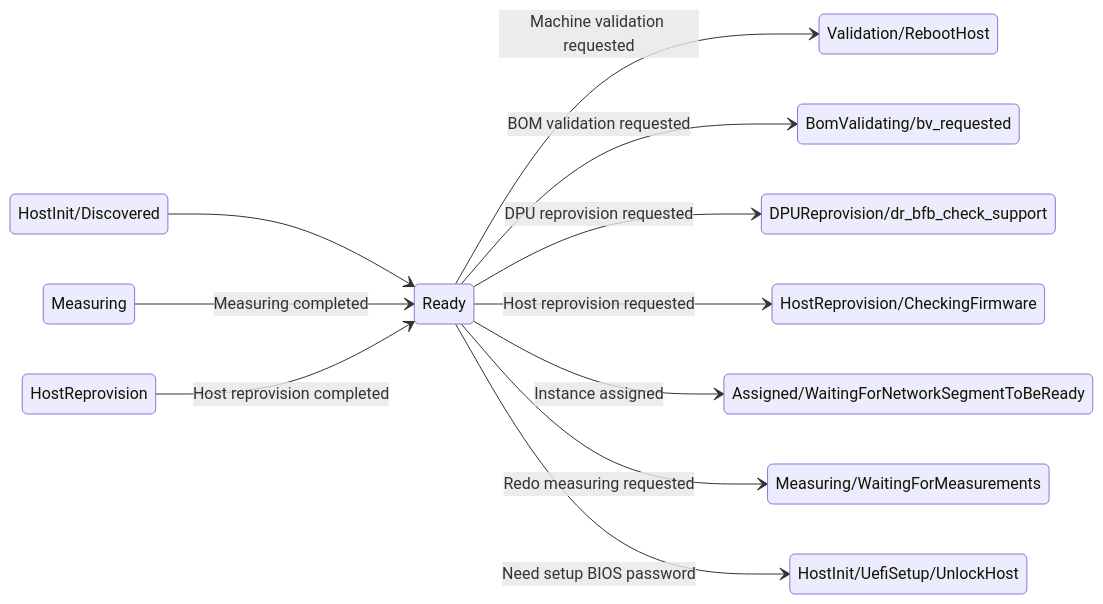
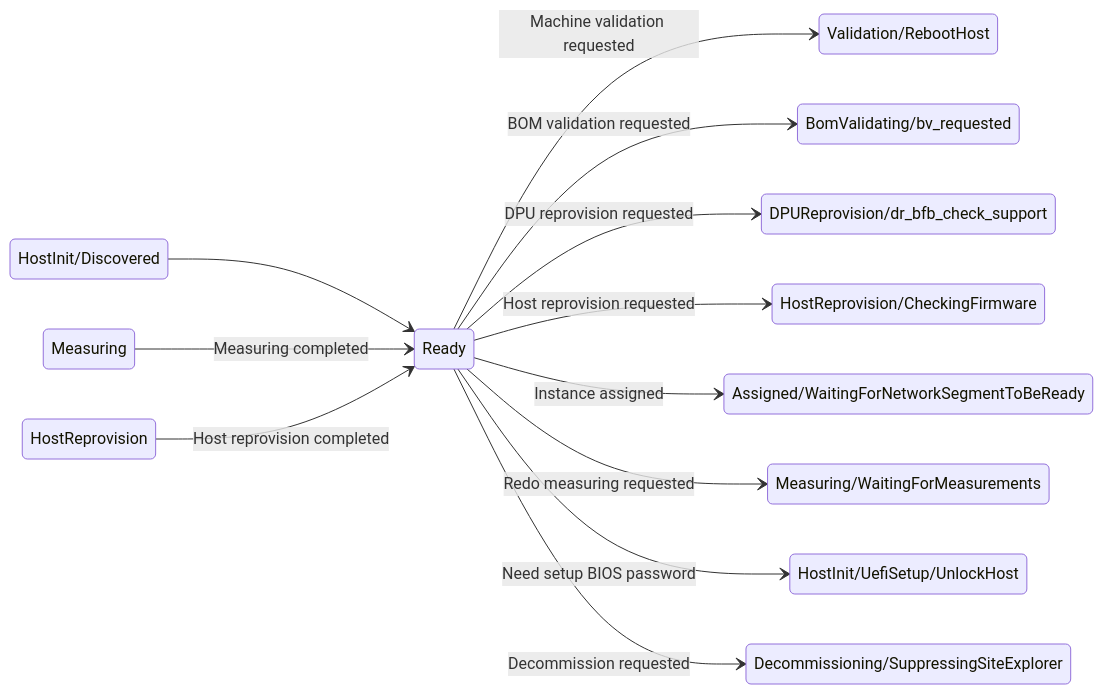
Before and after one commit to NVIDIA/bare-metal-manager-core: the seventh of 14 diagrams in docs/architecture/state_machines/managedhost.md, drawn with Mermaid. The commit also changed other lines of this file and 11 other files, not shown here.

````diff
--- a/docs/architecture/state_machines/managedhost.md
+++ b/docs/architecture/state_machines/managedhost.md
@@ -403,28 +408,30 @@
 ```mermaid
 stateDiagram-v2
     direction LR
 
     state Measuring
     state HostReprovision
     state "HostInit/Discovered" as HostInit_HI_Discovered
     state Ready
     state "Validation/RebootHost" as Validation_V_RebootHost
     state "BomValidating/bv_requested" as BomValidating_bv_requested
     state "Assigned/WaitingForNetworkSegmentToBeReady" as Assigned_A_WaitingForNetworkSegmentToBeReady
     state "HostInit/UefiSetup/UnlockHost" as HostInit_HI_UefiSetup_HI_USS_UnlockHost
     state "Measuring/WaitingForMeasurements" as Measuring_M_WaitingForMeasurements
     state "DPUReprovision/dr_bfb_check_support" as DPUReprovision_dr_bfb_check_support
     state "HostReprovision/CheckingFirmware" as HostReprovision_HR_CheckingFirmware
+    state "Decommissioning/SuppressingSiteExplorer" as Decommissioning_SuppressingSiteExplorer
 
     HostInit_HI_Discovered --> Ready
     Measuring --> Ready : Measuring completed
     HostReprovision --> Ready : Host reprovision completed
 
     Ready --> Validation_V_RebootHost : Machine validation requested
     Ready --> BomValidating_bv_requested : BOM validation requested
     Ready --> DPUReprovision_dr_bfb_check_support : DPU reprovision requested
     Ready --> HostReprovision_HR_CheckingFirmware : Host reprovision requested
     Ready --> Assigned_A_WaitingForNetworkSegmentToBeReady : Instance assigned
     Ready --> Measuring_M_WaitingForMeasurements : Redo measuring requested
     Ready --> HostInit_HI_UefiSetup_HI_USS_UnlockHost : Need setup BIOS password
+    Ready --> Decommissioning_SuppressingSiteExplorer : Decommission requested
 ```
````
